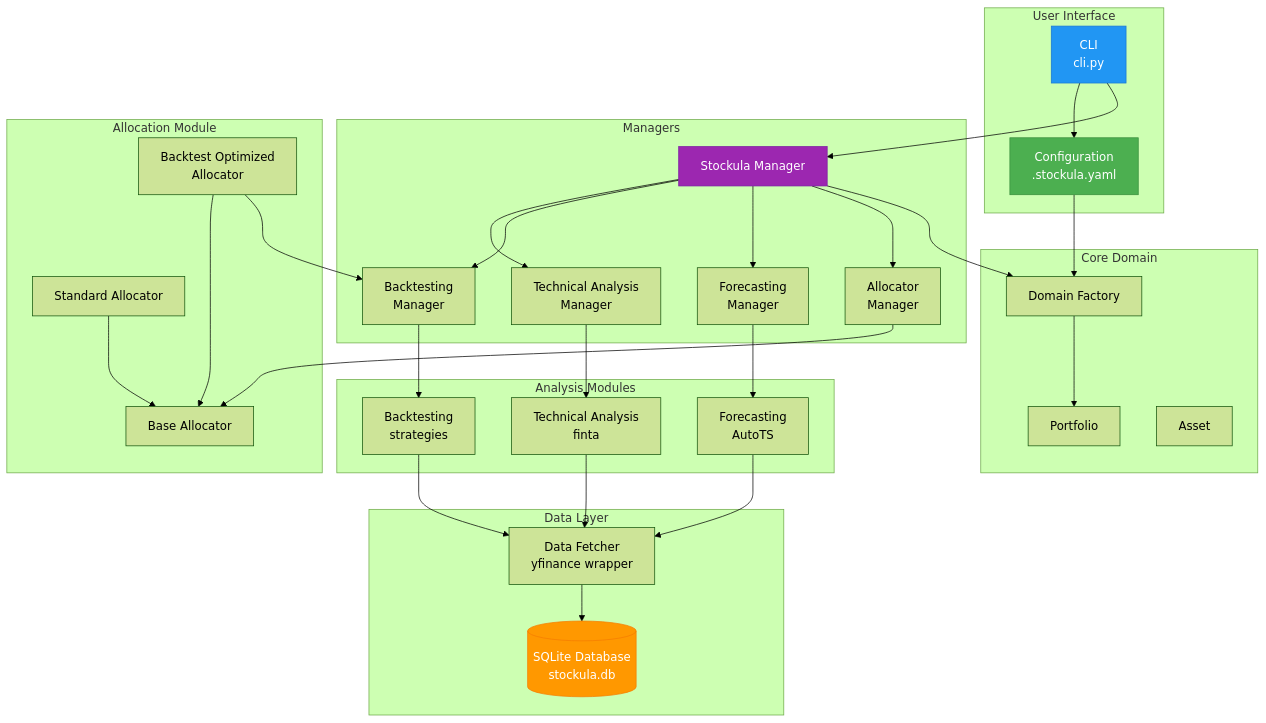
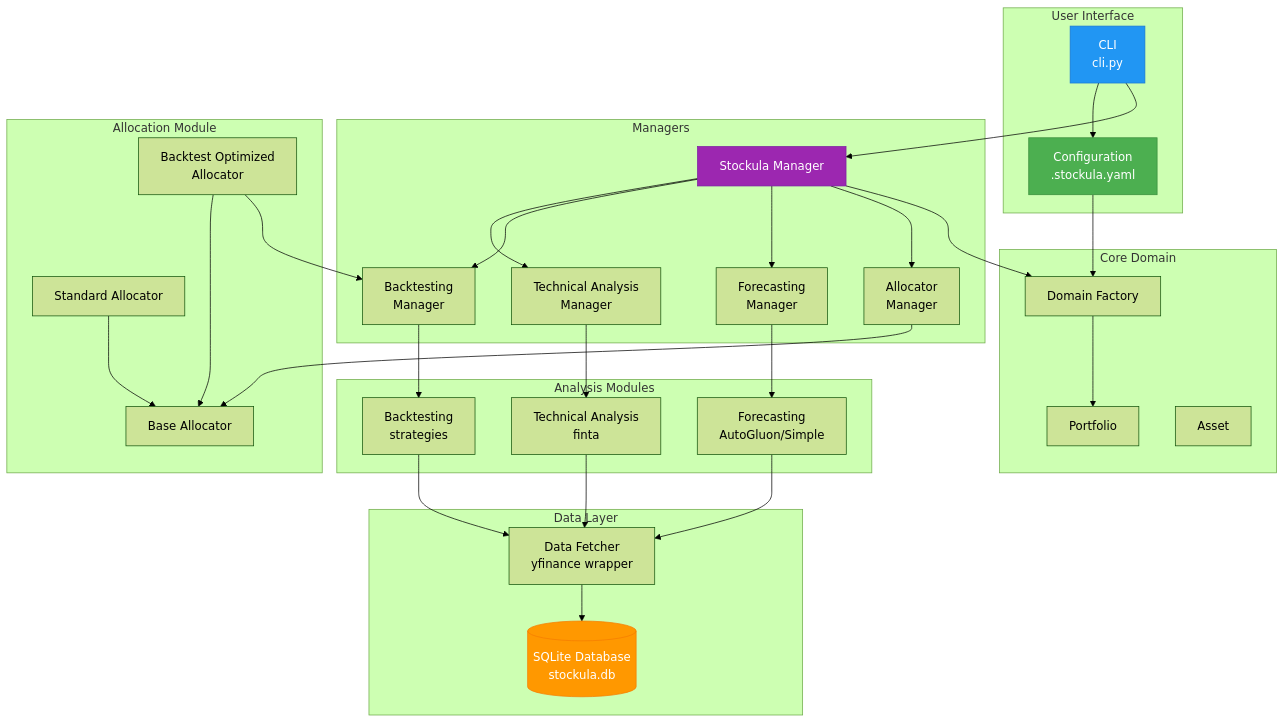
One commit to mkm29/stockula changed the first of 2 diagrams in README.md. Above: the diagram before and after it, drawn with Mermaid (forest theme). The commit also changed other lines of this file and 44 other files, not shown here.

````diff
--- a/README.md
+++ b/README.md
@@ -239,64 +238,64 @@
 ```mermaid
 graph TB
     subgraph "User Interface"
         CLI["CLI<br/>cli.py"]
         Config["Configuration<br/>.stockula.yaml"]
     end
 
     subgraph "Managers"
         SM["Stockula Manager"]
         TAM["Technical Analysis<br/>Manager"]
         BTM["Backtesting<br/>Manager"]
         FCM["Forecasting<br/>Manager"]
         ALM["Allocator<br/>Manager"]
     end
 
     subgraph "Core Domain"
         Factory["Domain Factory"]
         Portfolio["Portfolio"]
         Asset["Asset"]
     end
 
     subgraph "Allocation Module"
         Allocator["Base Allocator"]
         STD["Standard Allocator"]
         OPT["Backtest Optimized<br/>Allocator"]
     end
 
     subgraph "Data Layer"
         Fetcher["Data Fetcher<br/>yfinance wrapper"]
         DB[("SQLite Database<br/>stockula.db")]
     end
 
     subgraph "Analysis Modules"
         TA["Technical Analysis<br/>finta"]
         BT["Backtesting<br/>strategies"]
-        FC["Forecasting<br/>AutoTS"]
+        FC["Forecasting<br/>AutoGluon/Simple"]
     end
 
     CLI --> Config
     CLI --> SM
     SM --> TAM
     SM --> BTM
     SM --> FCM
     SM --> ALM
     SM --> Factory
     Config --> Factory
     Factory --> Portfolio
     ALM --> Allocator
     STD --> Allocator
     OPT --> Allocator
     OPT --> BTM
     TAM --> TA
     BTM --> BT
     FCM --> FC
     TA --> Fetcher
     BT --> Fetcher
     FC --> Fetcher
     Fetcher --> DB
 
     style CLI fill:#2196F3,stroke:#1976D2,color:#fff
     style SM fill:#9C27B0,stroke:#7B1FA2,color:#fff
     style Config fill:#4CAF50,stroke:#388E3C,color:#fff
     style DB fill:#FF9800,stroke:#F57C00,color:#fff
 ```
````
